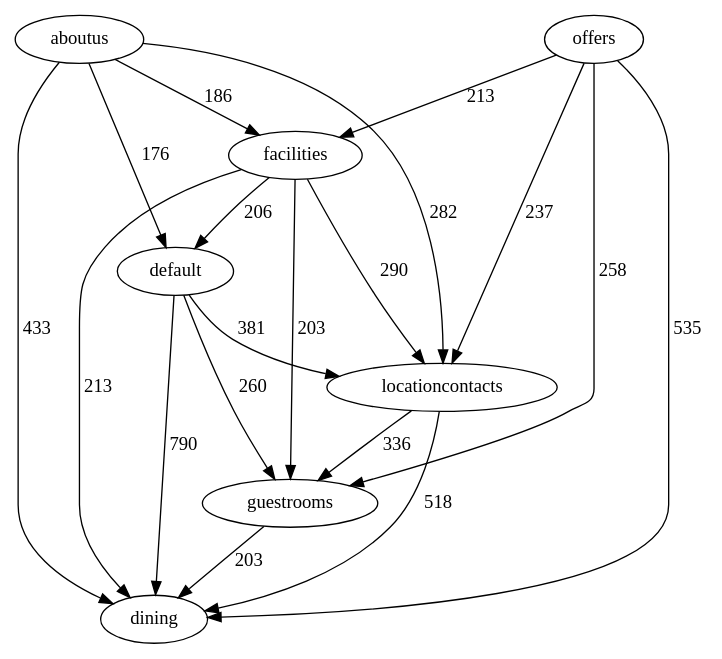
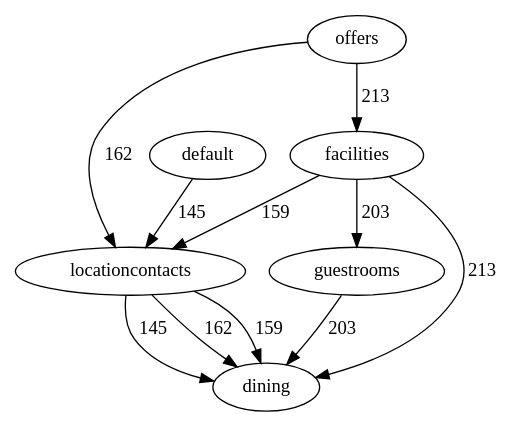
The diagram in dot/smartphone_requests.dot (alexcu/sit742-a2-report), drawn with Graphviz before and after one commit. The commit also changed 17 other files, not shown here.

Commit message:
Update dot diagrams to percentile and support-curated

```diff
--- a/dot/smartphone_requests.dot
+++ b/dot/smartphone_requests.dot
@@ -1,28 +1,19 @@
-strict digraph "" {
+digraph "" {
 layout="dot";
 locationcontacts;
+dining;
+default;
 facilities;
-default;
-dining;
 offers;
-aboutus;
 guestrooms;
-locationcontacts -> dining  [label=518, weight=518];
-locationcontacts -> guestrooms  [label=336, weight=336];
-facilities -> default  [label=206, weight=206];
-facilities -> dining  [label=213, weight=213];
-facilities -> guestrooms  [label=203, weight=203];
-facilities -> locationcontacts  [label=290, weight=290];
-default -> dining  [label=790, weight=790];
-default -> locationcontacts  [label=381, weight=381];
-default -> guestrooms  [label=260, weight=260];
-offers -> dining  [label=535, weight=535];
-offers -> guestrooms  [label=258, weight=258];
-offers -> locationcontacts  [label=237, weight=237];
-offers -> facilities  [label=213, weight=213];
-aboutus -> default  [label=176, weight=176];
-aboutus -> dining  [label=433, weight=433];
-aboutus -> locationcontacts  [label=282, weight=282];
-aboutus -> facilities  [label=186, weight=186];
-guestrooms -> dining  [label=203, weight=203];
+locationcontacts -> dining  [key=0, label=162, weight=162];
+locationcontacts -> dining  [key=1, label=159, weight=159];
+locationcontacts -> dining  [key=2, label=145, weight=145];
+default -> locationcontacts  [key=0, label=145, weight=145];
+facilities -> dining  [key=0, label=213, weight=213];
+facilities -> guestrooms  [key=0, label=203, weight=203];
+facilities -> locationcontacts  [key=0, label=159, weight=159];
+offers -> facilities  [key=0, label=213, weight=213];
+offers -> locationcontacts  [key=0, label=162, weight=162];
+guestrooms -> dining  [key=0, label=203, weight=203];
 }
```
